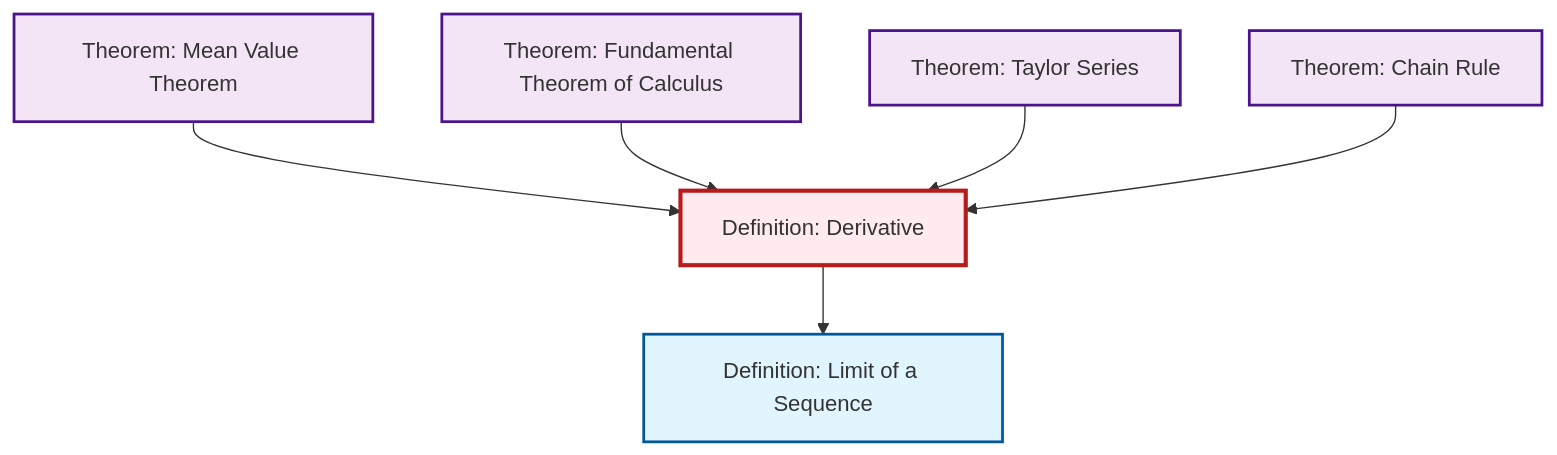
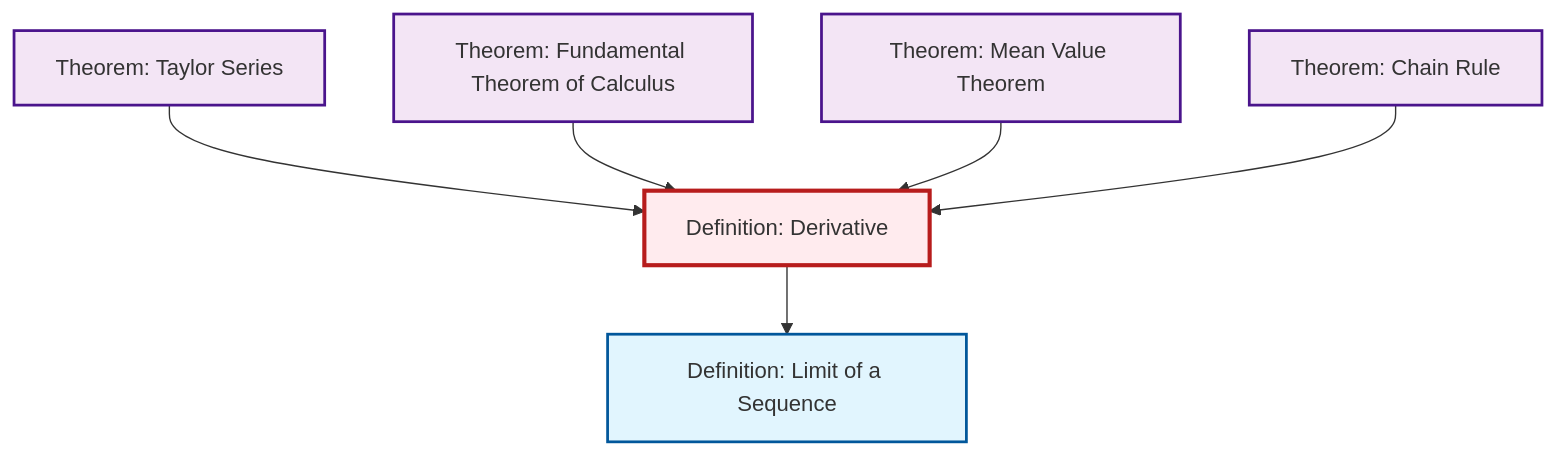
Before and after one commit to RK0429/ModernMath: the second of 2 diagrams in content/en/analysis/def-derivative.qmd, drawn with Mermaid. The commit also changed other lines of this file and 554 other files, not shown here.

````diff
--- a/content/en/analysis/def-derivative.qmd
+++ b/content/en/analysis/def-derivative.qmd
@@ -88,26 +88,26 @@
 ```{mermaid}
 %%| fig-cap: "Local dependency graph"
 graph TD
     classDef definition fill:#e1f5fe,stroke:#01579b,stroke-width:2px
     classDef theorem fill:#f3e5f5,stroke:#4a148c,stroke-width:2px
     classDef axiom fill:#fff3e0,stroke:#e65100,stroke-width:2px
     classDef example fill:#e8f5e9,stroke:#1b5e20,stroke-width:2px
     classDef current fill:#ffebee,stroke:#b71c1c,stroke-width:3px
+    thm-fundamental-calculus["Theorem: Fundamental Theorem of Calculus"]:::theorem
+    thm-chain-rule["Theorem: Chain Rule"]:::theorem
     thm-mean-value["Theorem: Mean Value Theorem"]:::theorem
+    thm-taylor-series["Theorem: Taylor Series"]:::theorem
     def-limit["Definition: Limit of a Sequence"]:::definition
-    thm-chain-rule["Theorem: Chain Rule"]:::theorem
     def-derivative["Definition: Derivative"]:::definition
-    thm-taylor-series["Theorem: Taylor Series"]:::theorem
-    thm-fundamental-calculus["Theorem: Fundamental Theorem of Calculus"]:::theorem
+    thm-taylor-series --> def-derivative
+    thm-fundamental-calculus --> def-derivative
     thm-mean-value --> def-derivative
+    thm-chain-rule --> def-derivative
     def-derivative --> def-limit
-    thm-fundamental-calculus --> def-derivative
-    thm-taylor-series --> def-derivative
-    thm-chain-rule --> def-derivative
     class def-derivative current
+    click thm-fundamental-calculus "thm-fundamental-calculus.html" "Go to Fundamental Theorem of Calculus theorem"
+    click thm-chain-rule "thm-chain-rule.html" "Go to Chain Rule theorem"
     click thm-mean-value "thm-mean-value.html" "Go to Mean Value Theorem theorem"
+    click thm-taylor-series "thm-taylor-series.html" "Go to Taylor Series theorem"
     click def-limit "def-limit.html" "Go to Limit of a Sequence definition"
-    click thm-chain-rule "thm-chain-rule.html" "Go to Chain Rule theorem"
-    click thm-taylor-series "thm-taylor-series.html" "Go to Taylor Series theorem"
-    click thm-fundamental-calculus "thm-fundamental-calculus.html" "Go to Fundamental Theorem of Calculus theorem"
 ```
````
